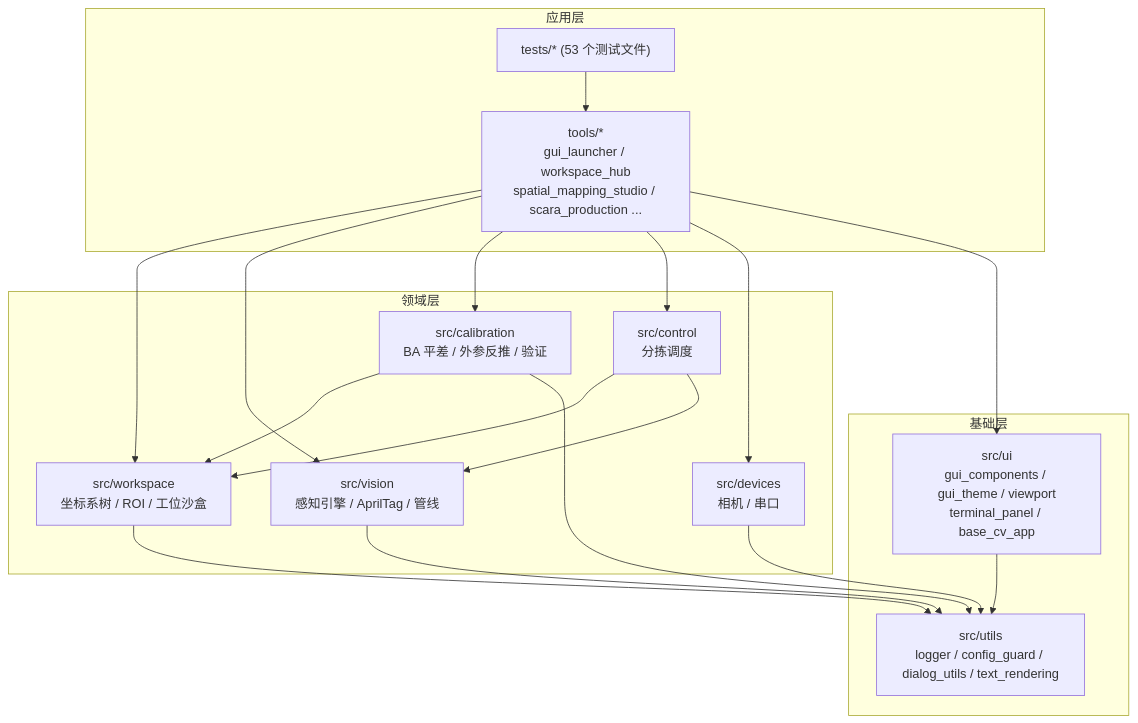
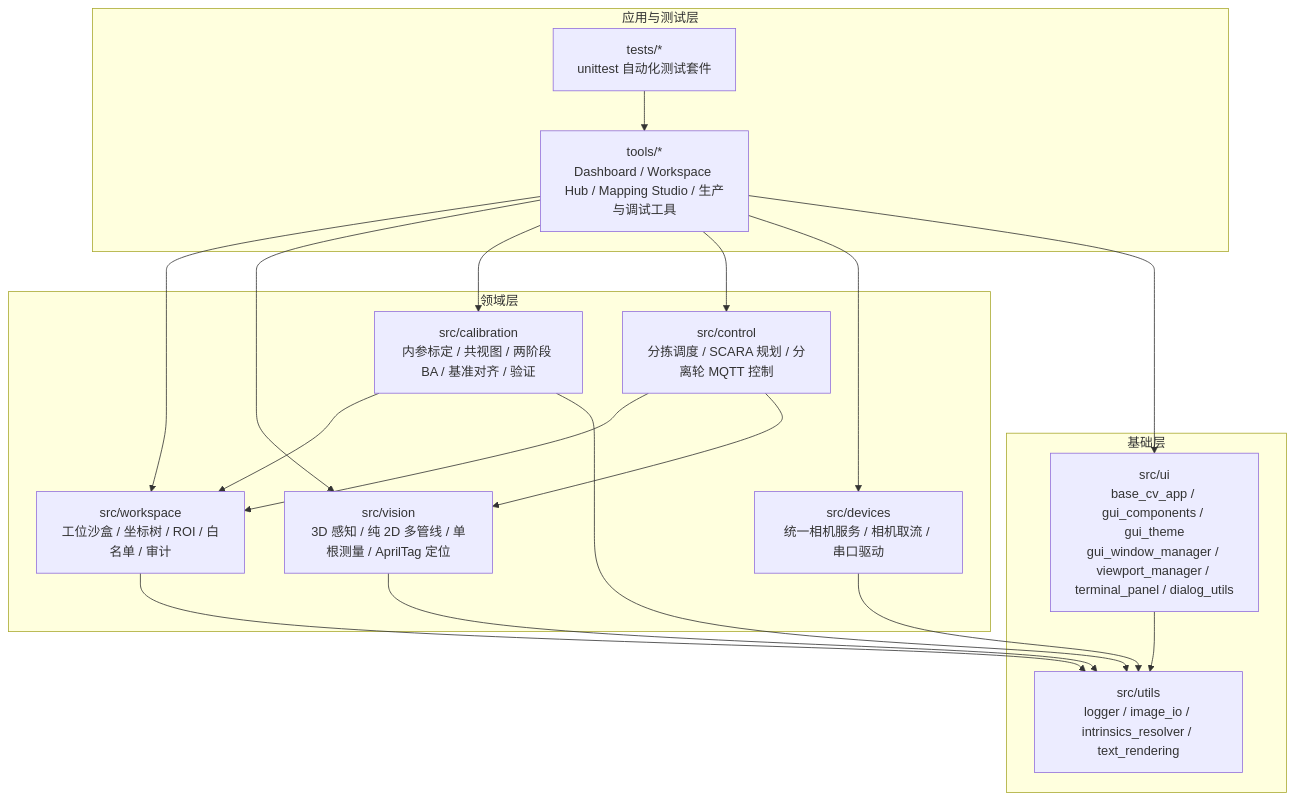
One commit to voicevon/spatial_vision changed the first of 2 diagrams in docs/architecture.md. Above: the diagram before and after it, drawn with Mermaid. The commit also changed other lines of this file and 23 other files, not shown here.

````diff
--- a/docs/architecture.md
+++ b/docs/architecture.md
@@ -13,36 +12,36 @@
 ```mermaid
 graph TD
     subgraph 基础层
-        UTILS["src/utils<br>logger / config_guard / dialog_utils / text_rendering"]
-        UI["src/ui<br>gui_components / gui_theme / viewport<br>terminal_panel / base_cv_app"]
+        UTILS["src/utils<br>logger / image_io / intrinsics_resolver / text_rendering"]
+        UI["src/ui<br>base_cv_app / gui_components / gui_theme<br>gui_window_manager / viewport_manager / terminal_panel / dialog_utils"]
     end
 
     subgraph 领域层
-        WORKSPACE["src/workspace<br>坐标系树 / ROI / 工位沙盒"]
-        VISION["src/vision<br>感知引擎 / AprilTag / 管线"]
-        CALIB["src/calibration<br>BA 平差 / 外参反推 / 验证"]
-        CONTROL["src/control<br>分拣调度"]
-        DEVICES["src/devices<br>相机 / 串口"]
+        WORKSPACE["src/workspace<br>工位沙盒 / 坐标树 / ROI / 白名单 / 审计"]
+        VISION["src/vision<br>3D 感知 / 纯 2D 多管线 / 单根测量 / AprilTag 定位"]
+        CALIB["src/calibration<br>内参标定 / 共视图 / 两阶段 BA / 基准对齐 / 验证"]
+        CONTROL["src/control<br>分拣调度 / SCARA 规划 / 分离轮 MQTT 控制"]
+        DEVICES["src/devices<br>统一相机服务 / 相机取流 / 串口驱动"]
     end
 
-    subgraph 应用层
-        TOOLS["tools/*<br>gui_launcher / workspace_hub<br>spatial_mapping_studio / scara_production ..."]
-        TESTS["tests/* (53 个测试文件)"]
+    subgraph 应用与测试层
+        TOOLS["tools/*<br>Dashboard / Workspace Hub / Mapping Studio / 生产与调试工具"]
+        TESTS["tests/*<br>unittest 自动化测试套件"]
     end
 
+    UI --> UTILS
     WORKSPACE --> UTILS
     VISION --> UTILS
+    DEVICES --> UTILS
     CALIB --> WORKSPACE
     CALIB --> UTILS
     CONTROL --> WORKSPACE
     CONTROL --> VISION
-    DEVICES --> UTILS
-    UI --> UTILS
     TOOLS --> WORKSPACE
     TOOLS --> VISION
     TOOLS --> CALIB
     TOOLS --> CONTROL
     TOOLS --> DEVICES
     TOOLS --> UI
     TESTS --> TOOLS
 ```
````
